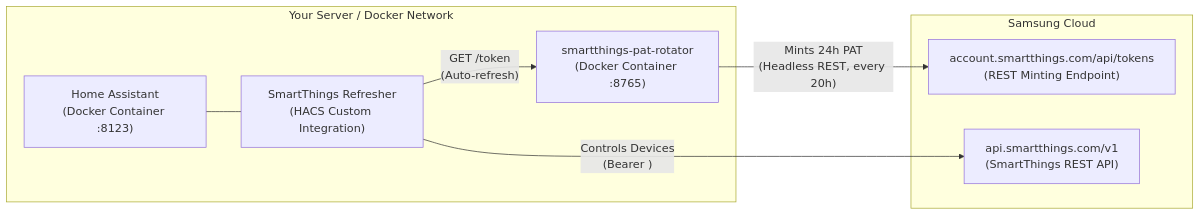
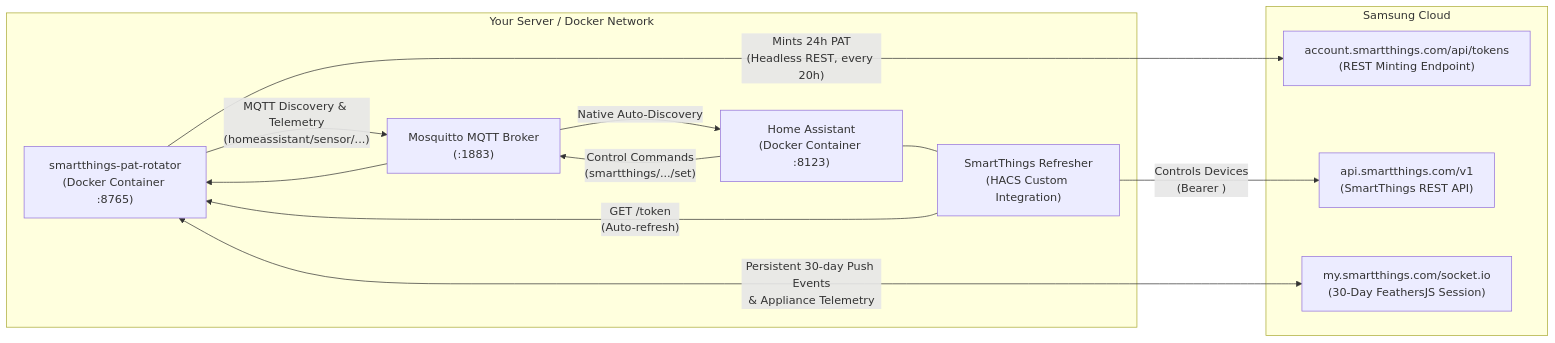
The diagram in README.md (willyzha/smartthings-pat-refresher), drawn with Mermaid before and after one commit. The commit also changed other lines of this file and 29 other files, not shown here.

Commit message:
feat: add 30-day dashboard Socket.IO client and Home Assistant MQTT bridge

````diff
--- a/README.md
+++ b/README.md
@@ -12,19 +12,26 @@
 ```mermaid
 flowchart LR
     subgraph Host["Your Server / Docker Network"]
         Rotator["smartthings-pat-rotator\n(Docker Container :8765)"]
         HA["Home Assistant\n(Docker Container :8123)"]
+        MQTT["Mosquitto MQTT Broker\n(:1883)"]
         HACS["SmartThings Refresher\n(HACS Custom Integration)"]
         
         HA --- HACS
         HACS -->|"GET /token\n(Auto-refresh)"| Rotator
+        Rotator -->|"MQTT Discovery & Telemetry\n(homeassistant/sensor/...)"| MQTT
+        MQTT -->|"Native Auto-Discovery"| HA
+        HA -->|"Control Commands\n(smartthings/.../set)"| MQTT
+        MQTT --> Rotator
     end
 
     subgraph Samsung["Samsung Cloud"]
         Portal["account.smartthings.com/api/tokens\n(REST Minting Endpoint)"]
         API["api.smartthings.com/v1\n(SmartThings REST API)"]
+        Dashboard["my.smartthings.com/socket.io\n(30-Day FeathersJS Session)"]
     end
 
     Rotator -->|"Mints 24h PAT\n(Headless REST, every 20h)"| Portal
     HACS -->|"Controls Devices\n(Bearer <active_pat>)"| API
+    Rotator <-->|"Persistent 30-day Push Events\n& Appliance Telemetry"| Dashboard
 ```
````
